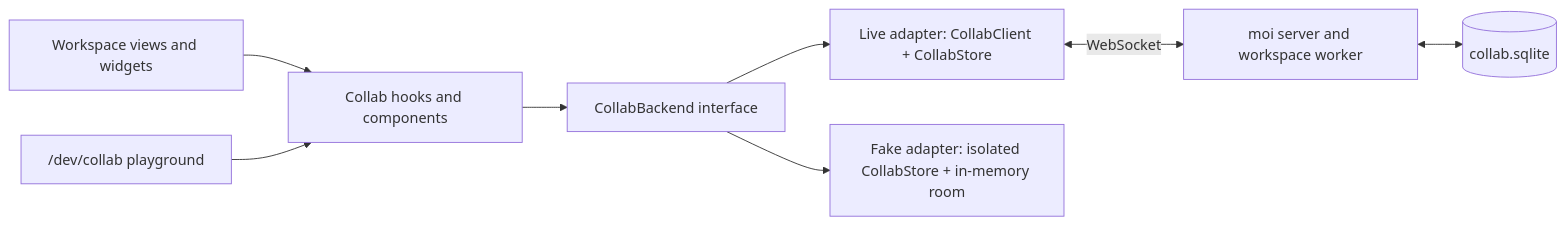
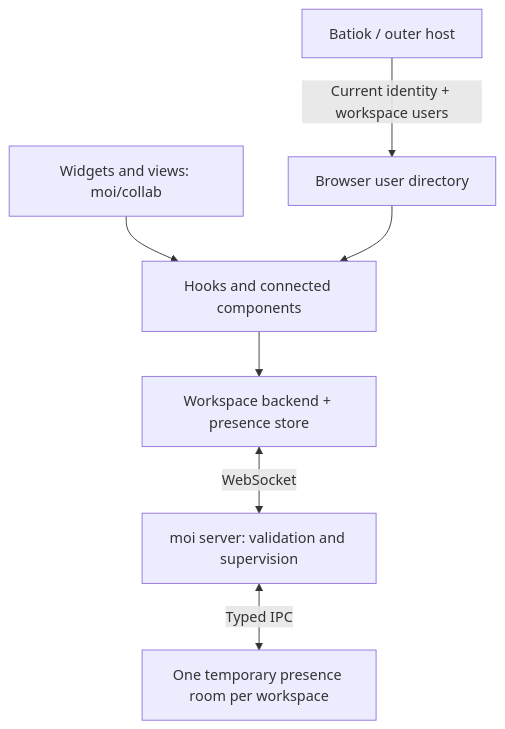
Before and after one commit to molefrog/moi: the diagram in docs/rfc-collab.md, drawn with Mermaid. The commit also changed other lines of this file and 44 other files, not shown here.

First line of the commit message:
Limit collaboration to presence and add host user directories

````diff
--- a/docs/rfc-collab.md
+++ b/docs/rfc-collab.md
@@ -216,10 +15,9 @@
 ```mermaid
-flowchart LR
-  Workspace["Workspace views and widgets"] --> Hooks["Collab hooks and components"]
-  Playground["/dev/collab playground"] --> Hooks
-  Hooks --> Backend["CollabBackend interface"]
-  Backend --> Live["Live adapter: CollabClient + CollabStore"]
-  Backend --> Fake["Fake adapter: isolated CollabStore + in-memory room"]
-  Live <-->|WebSocket| Server["moi server and workspace worker"]
-  Server <--> SQLite[("collab.sqlite")]
+flowchart TB
+  Host["Batiok / outer host"] -->|"Current identity + workspace users"| Directory["Browser user directory"]
+  Applets["Widgets and views: moi/collab"] --> Hooks["Hooks and connected components"]
+  Directory --> Hooks
+  Hooks --> Backend["Workspace backend + presence store"]
+  Backend <-->|WebSocket| Main["moi server: validation and supervision"]
+  Main <-->|Typed IPC| Room["One temporary presence room per workspace"]
 ```
````
